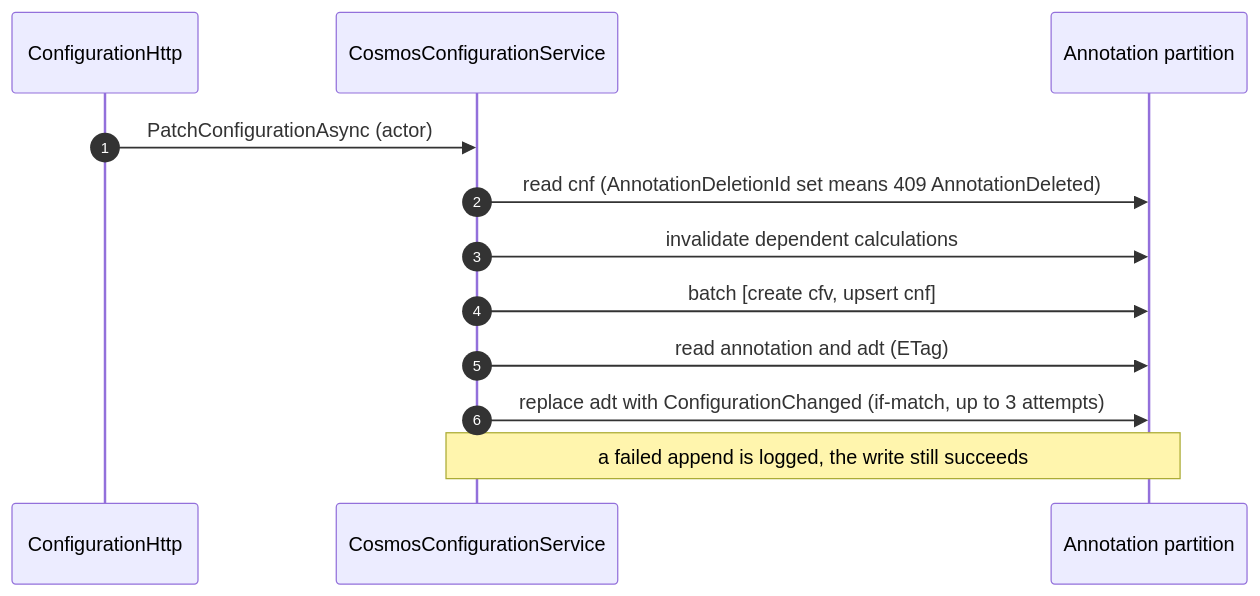
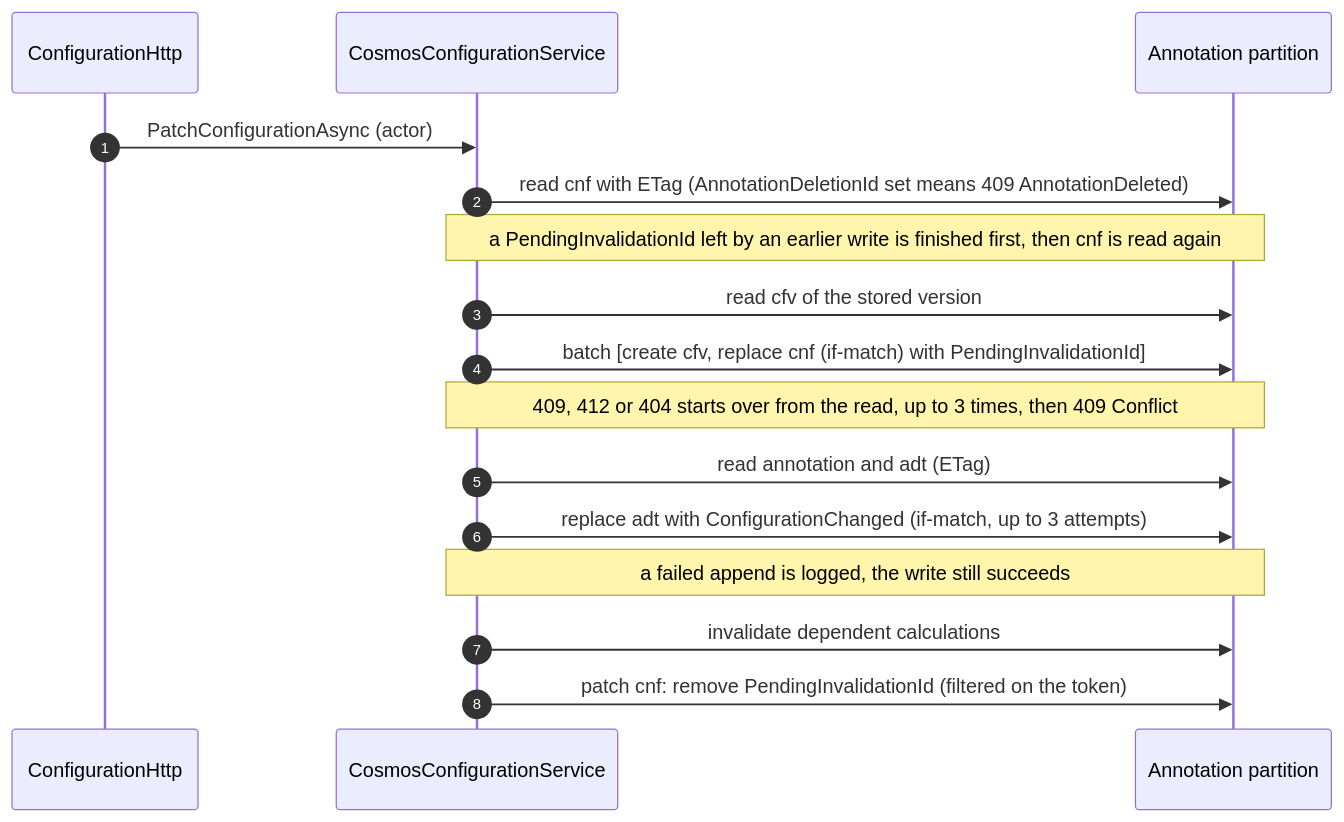
Before and after one commit to akobr/mono.me: the seventh of 7 diagrams in docs/Platform/Storyteller/audit-operations.md, drawn with Mermaid. The commit also changed other lines of this file and 22 other files, not shown here.

First line of the commit message:
fix(platform): write configurations under their ETag and invalidate after the write

````diff
--- a/docs/Platform/Storyteller/audit-operations.md
+++ b/docs/Platform/Storyteller/audit-operations.md
@@ -306,14 +306,18 @@
 ```mermaid
 sequenceDiagram
   autonumber
   participant A as ConfigurationHttp
   participant C as CosmosConfigurationService
   participant P as Annotation partition
   A->>C: PatchConfigurationAsync (actor)
-  C->>P: read cnf (AnnotationDeletionId set means 409 AnnotationDeleted)
-  C->>P: invalidate dependent calculations
-  C->>P: batch [create cfv, upsert cnf]
+  C->>P: read cnf with ETag (AnnotationDeletionId set means 409 AnnotationDeleted)
+  Note over C,P: a PendingInvalidationId left by an earlier write is finished first, then cnf is read again
+  C->>P: read cfv of the stored version
+  C->>P: batch [create cfv, replace cnf (if-match) with PendingInvalidationId]
+  Note over C,P: 409, 412 or 404 starts over from the read, up to 3 times, then 409 Conflict
   C->>P: read annotation and adt (ETag)
   C->>P: replace adt with ConfigurationChanged (if-match, up to 3 attempts)
   Note over C,P: a failed append is logged, the write still succeeds
+  C->>P: invalidate dependent calculations
+  C->>P: patch cnf: remove PendingInvalidationId (filtered on the token)
 ```
````
